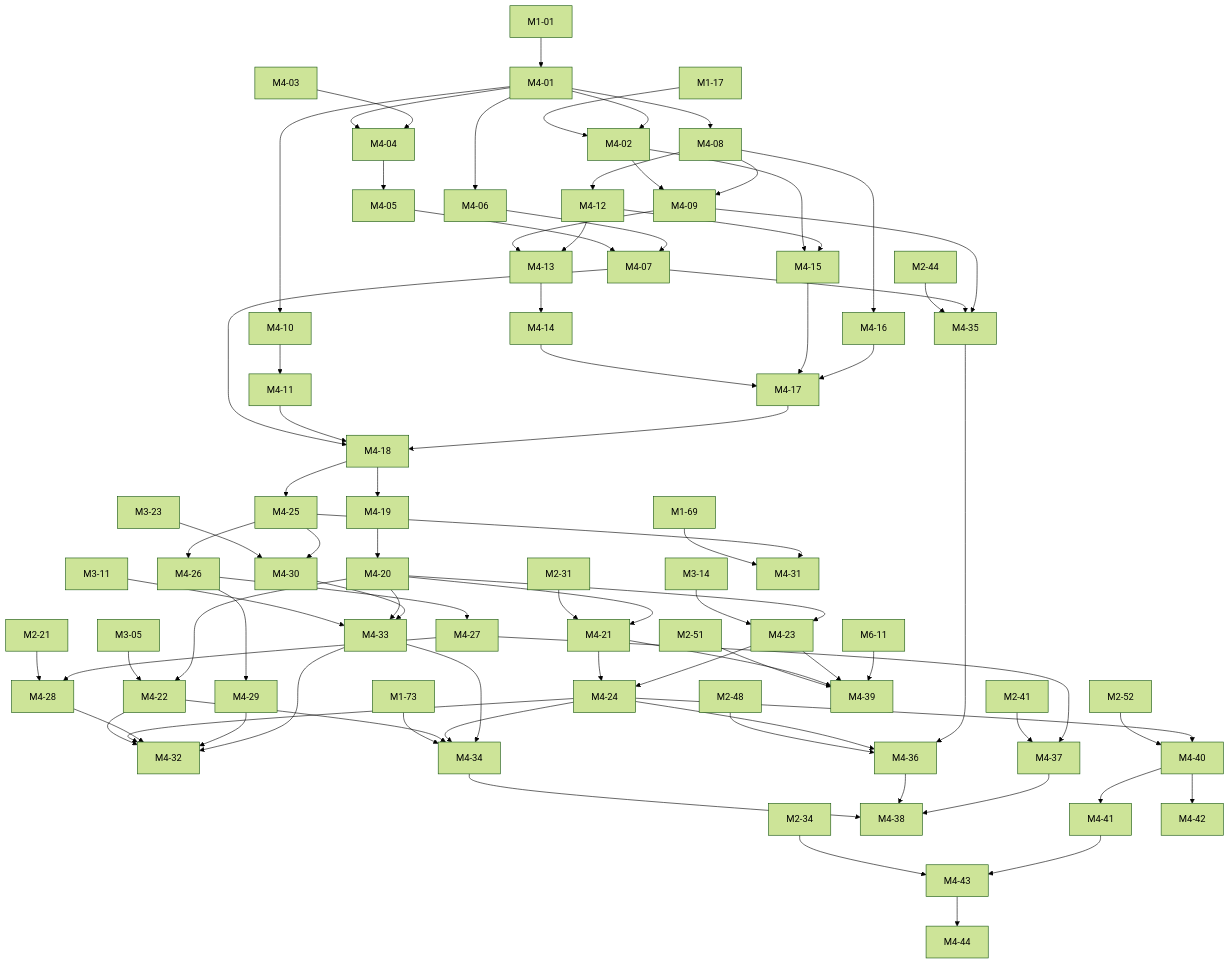
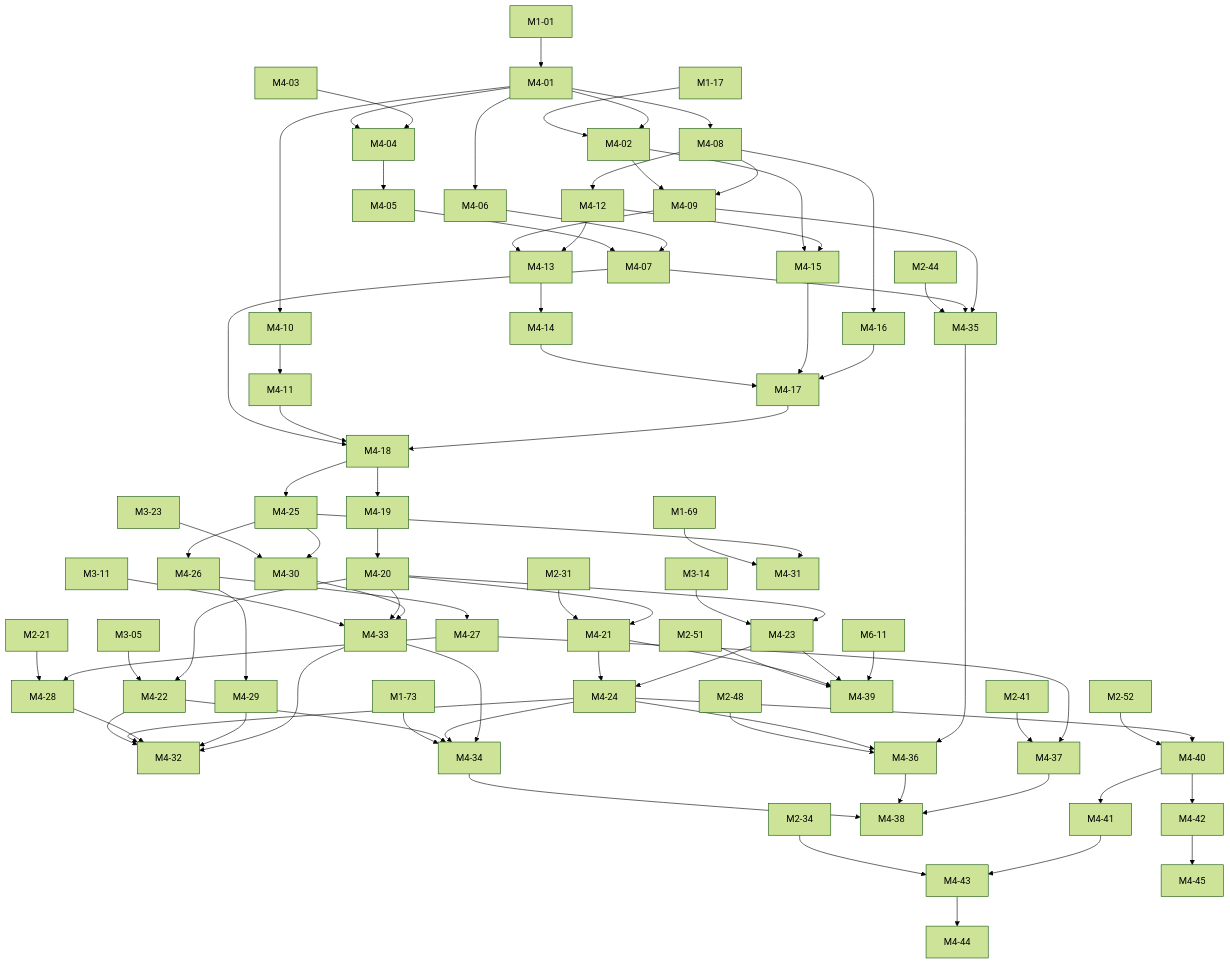
One commit to mguttmann/bothy changed the fourth of 8 diagrams in docs/briefs/README.md. Above: the diagram before and after it, drawn with Mermaid (forest theme). The commit also changed other lines of this file and 42 other files, not shown here.

````diff
--- a/docs/briefs/README.md
+++ b/docs/briefs/README.md
@@ -978,6 +979,7 @@
   M4_42["M4-42"]
   M4_43["M4-43"]
   M4_44["M4-44"]
+  M4_45["M4-45"]
   M6_11["M6-11"]
   M1_01 --> M4_01
   M1_17 --> M4_02
@@ -1060,4 +1062,5 @@
   M2_34 --> M4_43
   M4_41 --> M4_43
   M4_43 --> M4_44
+  M4_42 --> M4_45
 ```
````
